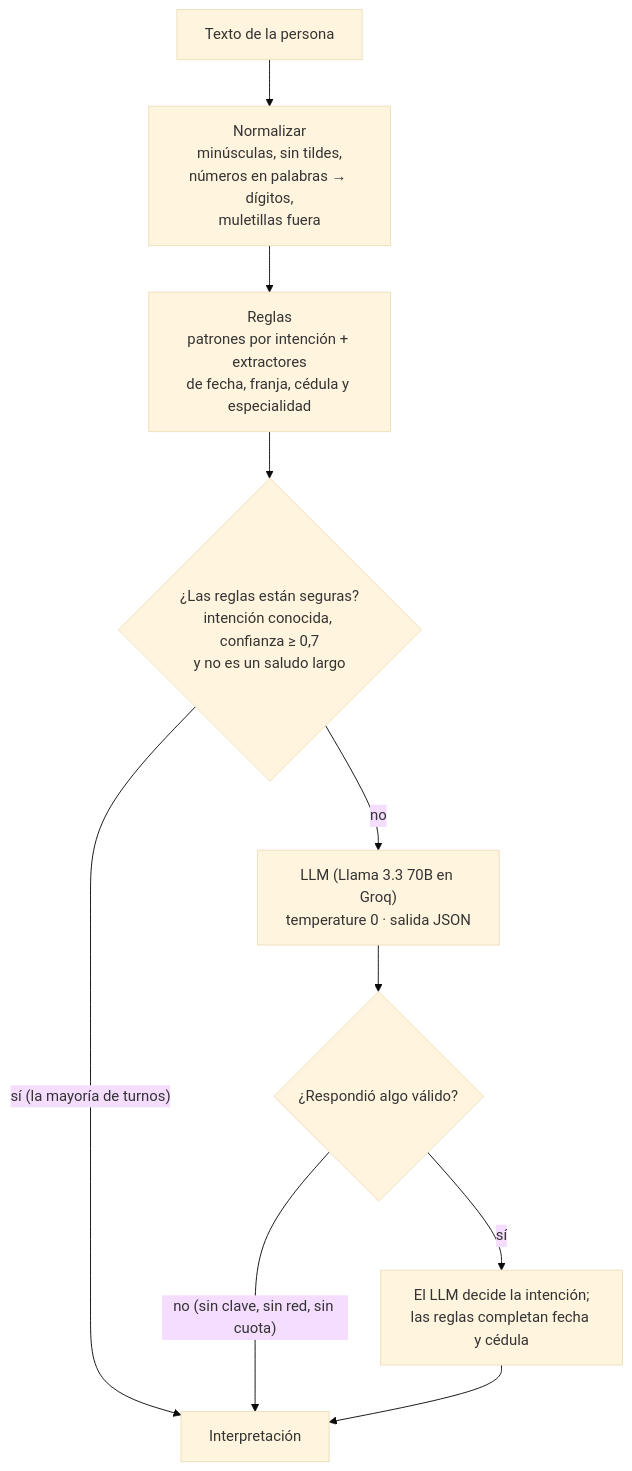
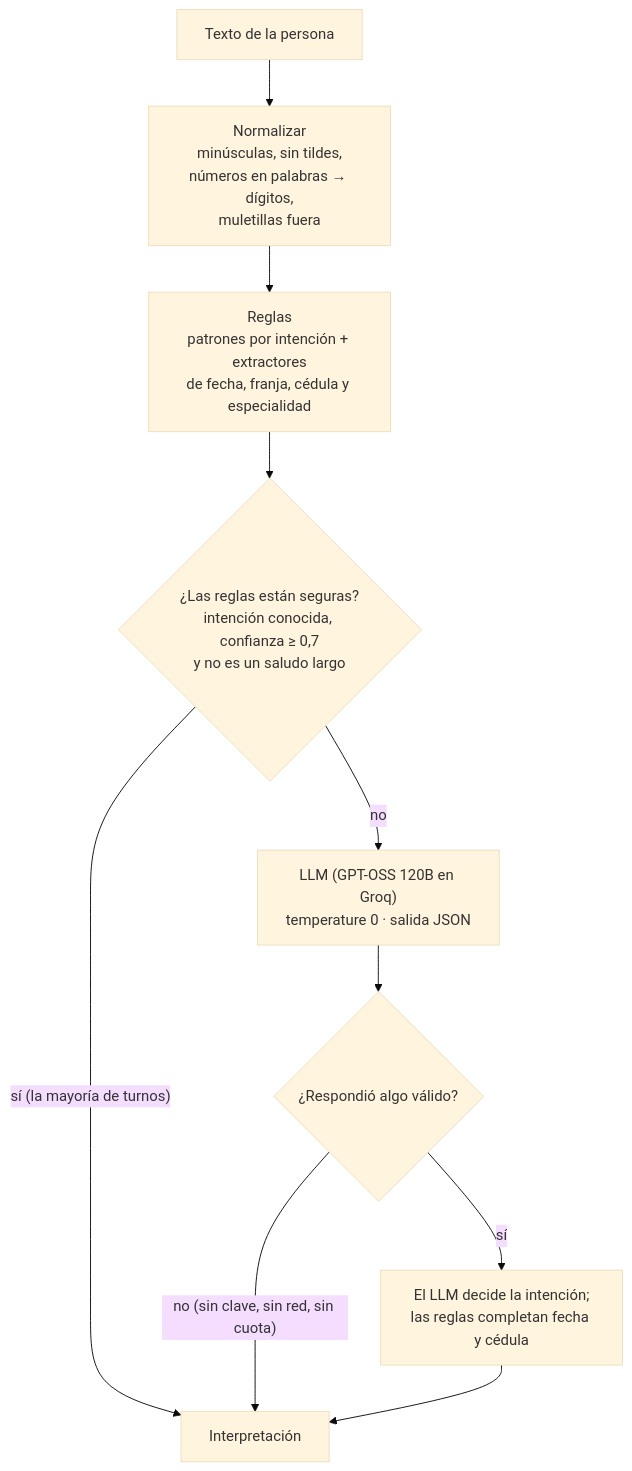
One commit to andres0angel/magnol-ia changed the third of 6 diagrams in docs/ARQUITECTURA.md. Above: the diagram before and after it, drawn with Mermaid (base theme). The commit also changed other lines of this file and 5 other files, not shown here.

First line of the commit message:
LLM: GPT-OSS 120B (Groq retiró llama-3.3-70b-versatile) y cambio automático si un modelo se retira

````diff
--- a/docs/ARQUITECTURA.md
+++ b/docs/ARQUITECTURA.md
@@ -128,12 +128,12 @@
 ```mermaid
 flowchart TD
     T["Texto de la persona"] --> NORM["Normalizar<br/>minúsculas, sin tildes,<br/>números en palabras → dígitos,<br/>muletillas fuera"]
     NORM --> REG["Reglas<br/>patrones por intención + extractores<br/>de fecha, franja, cédula y especialidad"]
     REG --> Q{"¿Las reglas están seguras?<br/>intención conocida, confianza ≥ 0,7<br/>y no es un saludo largo"}
     Q -- "sí (la mayoría de turnos)" --> OUT["Interpretación"]
-    Q -- "no" --> LLM["LLM (Llama 3.3 70B en Groq)<br/>temperature 0 · salida JSON"]
+    Q -- "no" --> LLM["LLM (GPT-OSS 120B en Groq)<br/>temperature 0 · salida JSON"]
     LLM --> VAL{"¿Respondió algo válido?"}
     VAL -- "sí" --> MERGE["El LLM decide la intención;<br/>las reglas completan fecha y cédula"]
     VAL -- "no (sin clave, sin red, sin cuota)" --> OUT
     MERGE --> OUT
 ```
````
